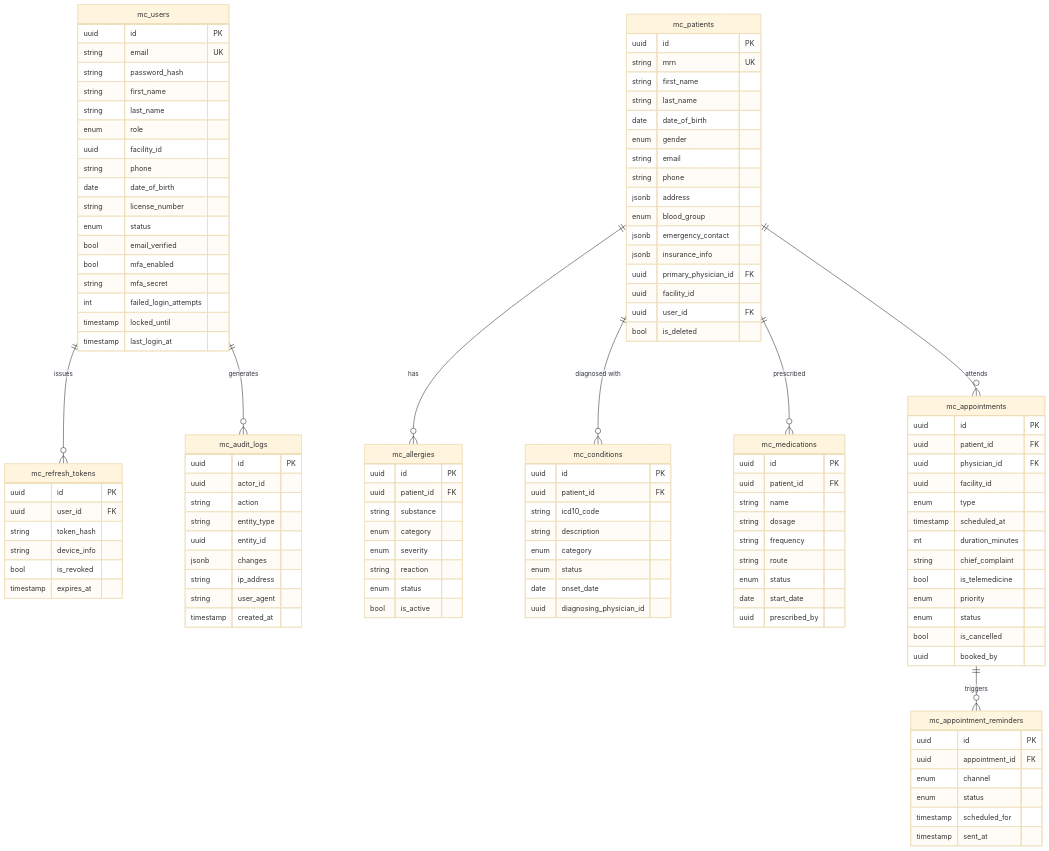
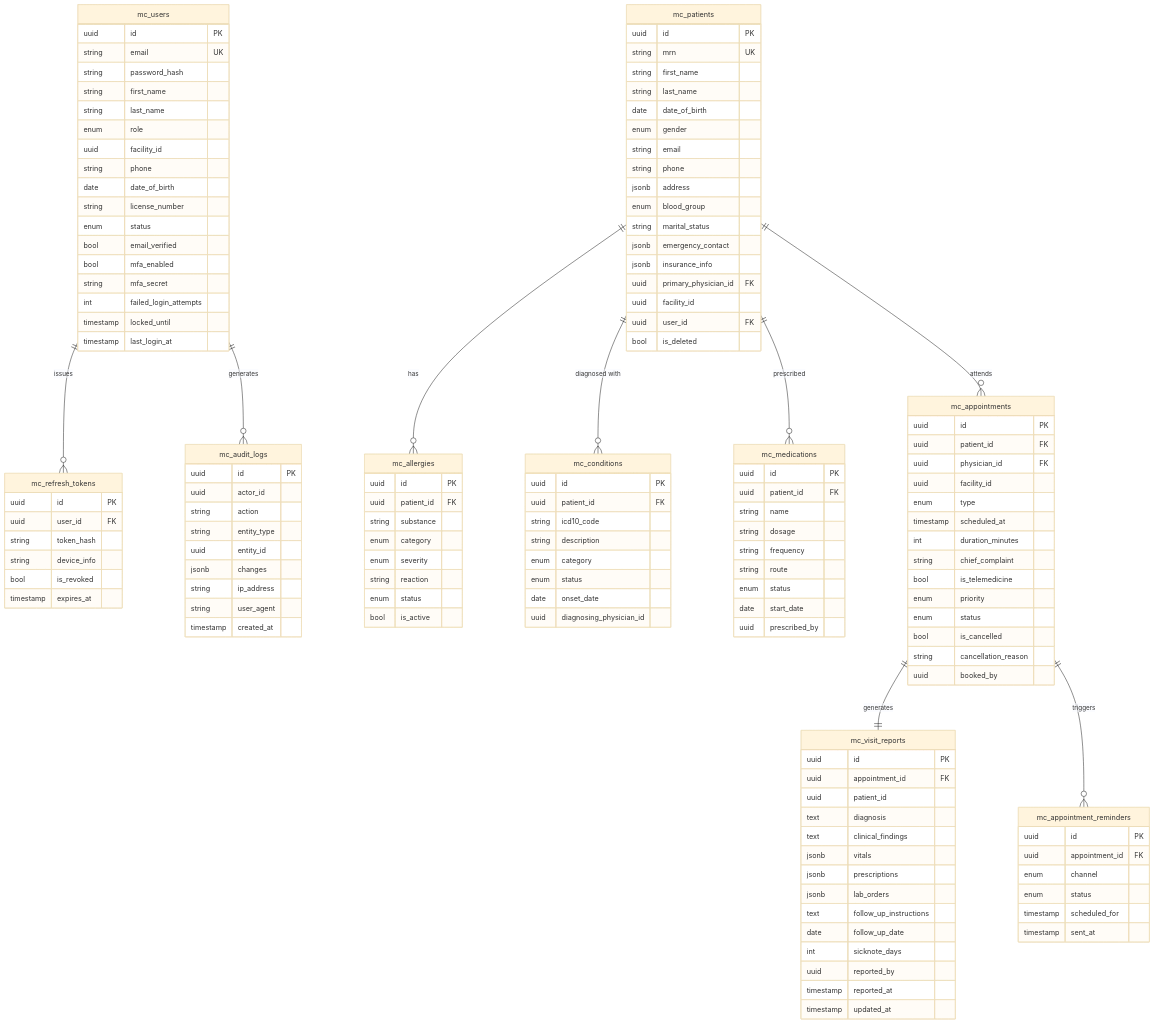
Before and after one commit to Skillfyme-R/DevOps-Capstone-Projects: the fourth of 7 diagrams in Project 3/README.md, drawn with Mermaid (base theme). The commit also changed other lines of this file and 20 other files, not shown here.

````diff
--- a/Project 3/README.md
+++ b/Project 3/README.md
@@ -487,6 +519,7 @@
         string phone
         jsonb address
         enum blood_group
+        string marital_status
         jsonb emergency_contact
         jsonb insurance_info
         uuid primary_physician_id FK
@@ -542,7 +575,25 @@
         enum priority
         enum status
         bool is_cancelled
+        string cancellation_reason
         uuid booked_by
+    }
+
+    mc_visit_reports {
+        uuid id PK
+        uuid appointment_id FK
+        uuid patient_id
+        text diagnosis
+        text clinical_findings
+        jsonb vitals
+        jsonb prescriptions
+        jsonb lab_orders
+        text follow_up_instructions
+        date follow_up_date
+        int sicknote_days
+        uuid reported_by
+        timestamp reported_at
+        timestamp updated_at
     }
 
     mc_appointment_reminders {
@@ -560,5 +611,6 @@
     mc_patients ||--o{ mc_conditions : "diagnosed with"
     mc_patients ||--o{ mc_medications : "prescribed"
     mc_patients ||--o{ mc_appointments : "attends"
+    mc_appointments ||--|| mc_visit_reports : "generates"
     mc_appointments ||--o{ mc_appointment_reminders : "triggers"
 ```
````
